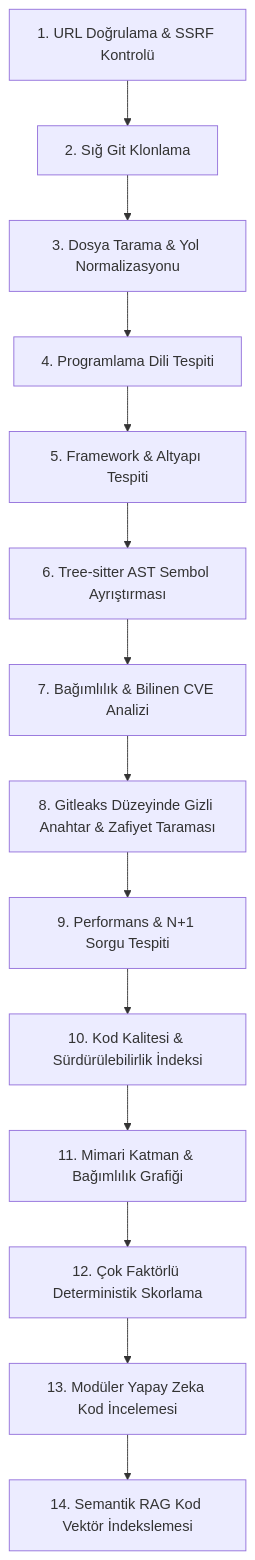
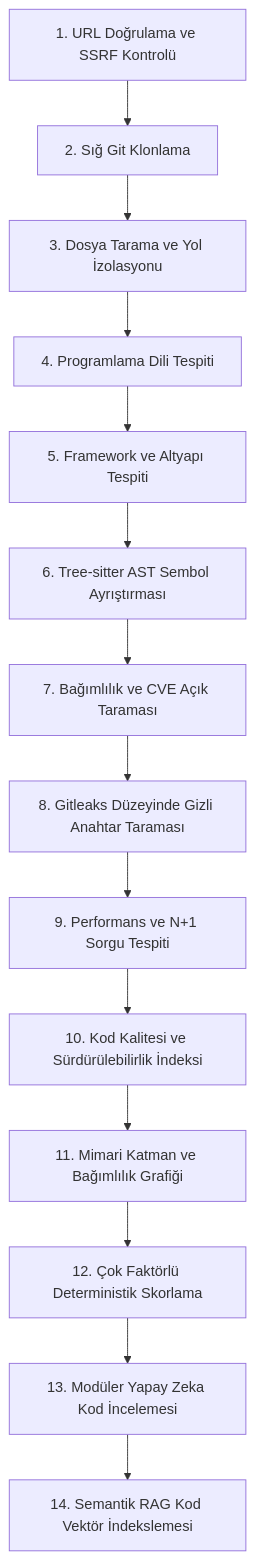
One commit to Berkan0535/-CodeXray changed the second of 4 diagrams in README.md. Above: the diagram before and after it, drawn with Mermaid. The commit also changed other lines of this file, not shown here.

Commit message:
fix(docs): format Mermaid subgraphs with standard alphanumeric identifiers

````diff
--- a/README.md
+++ b/README.md
@@ -68,16 +68,16 @@
 ```mermaid
 flowchart TD
-    A["1. URL Doğrulama & SSRF Kontrolü"] --> B["2. Sığ Git Klonlama"]
-    B --> C["3. Dosya Tarama & Yol Normalizasyonu"]
-    C --> D["4. Programlama Dili Tespiti"]
-    D --> E["5. Framework & Altyapı Tespiti"]
-    E --> F["6. Tree-sitter AST Sembol Ayrıştırması"]
-    F --> G["7. Bağımlılık & Bilinen CVE Analizi"]
-    G --> H["8. Gitleaks Düzeyinde Gizli Anahtar & Zafiyet Taraması"]
-    H --> I["9. Performans & N+1 Sorgu Tespiti"]
-    I --> J["10. Kod Kalitesi & Sürdürülebilirlik İndeksi"]
-    J --> K["11. Mimari Katman & Bağımlılık Grafiği"]
-    K --> L["12. Çok Faktörlü Deterministik Skorlama"]
-    L --> M["13. Modüler Yapay Zeka Kod İncelemesi"]
-    M --> N["14. Semantik RAG Kod Vektör İndekslemesi"]
+    S1["1. URL Doğrulama ve SSRF Kontrolü"] --> S2["2. Sığ Git Klonlama"]
+    S2 --> S3["3. Dosya Tarama ve Yol İzolasyonu"]
+    S3 --> S4["4. Programlama Dili Tespiti"]
+    S4 --> S5["5. Framework ve Altyapı Tespiti"]
+    S5 --> S6["6. Tree-sitter AST Sembol Ayrıştırması"]
+    S6 --> S7["7. Bağımlılık ve CVE Açık Taraması"]
+    S7 --> S8["8. Gitleaks Düzeyinde Gizli Anahtar Taraması"]
+    S8 --> S9["9. Performans ve N+1 Sorgu Tespiti"]
+    S9 --> S10["10. Kod Kalitesi ve Sürdürülebilirlik İndeksi"]
+    S10 --> S11["11. Mimari Katman ve Bağımlılık Grafiği"]
+    S11 --> S12["12. Çok Faktörlü Deterministik Skorlama"]
+    S12 --> S13["13. Modüler Yapay Zeka Kod İncelemesi"]
+    S13 --> S14["14. Semantik RAG Kod Vektör İndekslemesi"]
 ```
````
